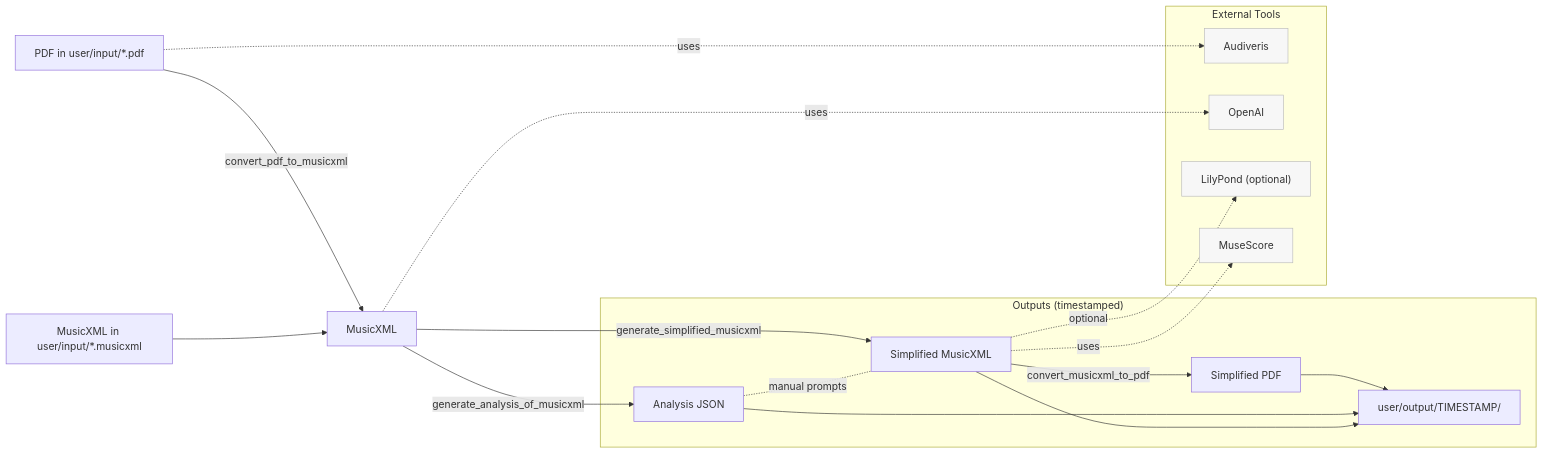
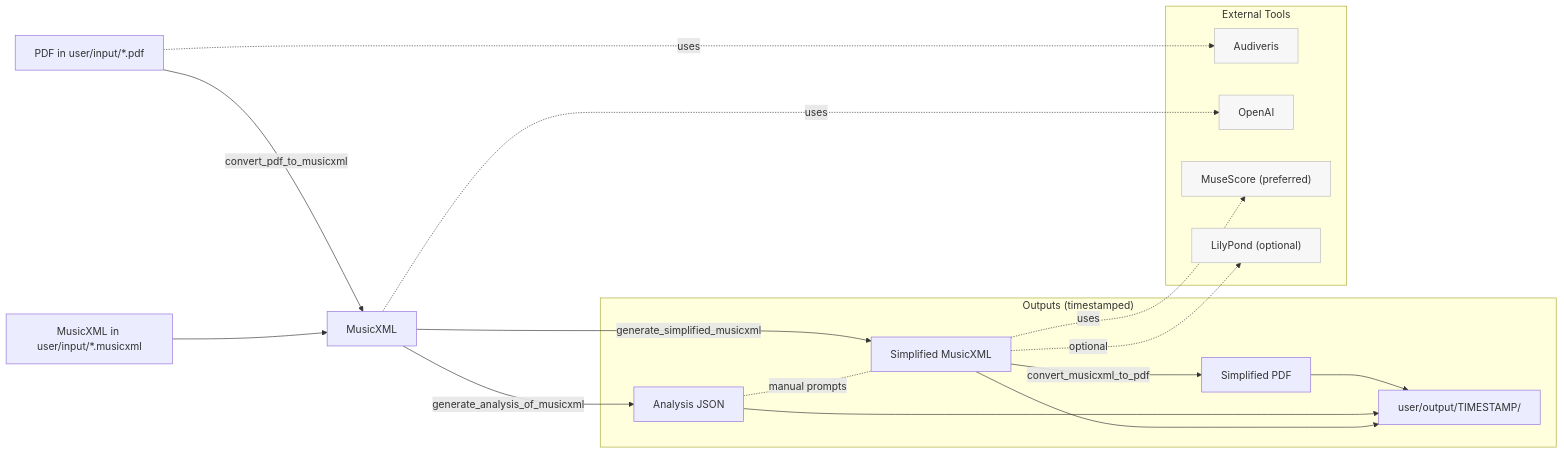
The diagram in README.md (robert-7/piano-sheet-music-simplifier), drawn with Mermaid before and after one commit. The commit also changed other lines of this file and 6 other files, not shown here.

````diff
--- a/README.md
+++ b/README.md
@@ -11,44 +11,44 @@
 ```mermaid
 flowchart LR
     %% Inputs
     A1[PDF in user/input/*.pdf]
     A2[MusicXML in user/input/*.musicxml]
 
     %% Conversion: PDF -> MusicXML (Audiveris)
     A1 -- convert_pdf_to_musicxml --> B[MusicXML]
 
     %% Direct MusicXML path
     A2 --> B
 
     %% Analyze MusicXML
     B -- generate_analysis_of_musicxml --> C[Analysis JSON]
 
     %% Simplify MusicXML
     B -- generate_simplified_musicxml --> D[Simplified MusicXML]
     C -. manual prompts .- D
 
     %% Render to PDF
     D -- convert_musicxml_to_pdf --> E[Simplified PDF]
 
     %% Outputs
     subgraph "Outputs (timestamped)"
         E --> O1[user/output/TIMESTAMP/]
         C --> O1
         D --> O1
     end
 
     %% External tools (behind the commands)
     classDef ext fill:#f7f7f7,stroke:#bbb,color:#333;
     subgraph External Tools
         W[Audiveris]:::ext
         X[OpenAI]:::ext
-        Y["LilyPond (optional)"]:::ext
-        Z[MuseScore]:::ext
+        Y["MuseScore (preferred)"]:::ext
+        Z["LilyPond (optional)"]:::ext
     end
 
     %% Show tool involvement (informational)
     A1 -. uses .-> W
     B  -. uses .-> X
-    D  -. optional .-> Y
-    D  -. uses .-> Z
+    D  -. uses .-> Y
+    D  -. optional .-> Z
 ```
````
